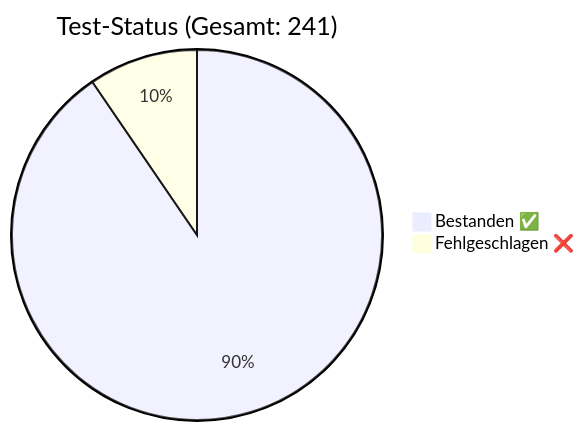
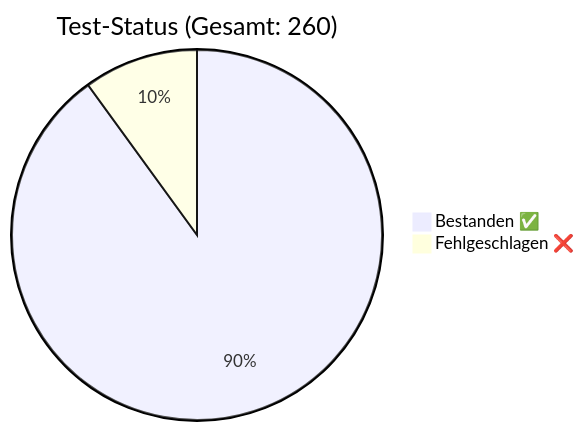
The diagram in docs/QA_Report.md (rorila/GCS), drawn with Mermaid before and after one commit. The commit also changed other lines of this file and 27 other files, not shown here.

````diff
--- a/docs/QA_Report.md
+++ b/docs/QA_Report.md
@@ -8,5 +8,5 @@
 ```mermaid
-pie title Test-Status (Gesamt: 241)
-    "Bestanden ✅" : 218
-    "Fehlgeschlagen ❌" : 23
+pie title Test-Status (Gesamt: 260)
+    "Bestanden ✅" : 234
+    "Fehlgeschlagen ❌" : 26
 ```
````
